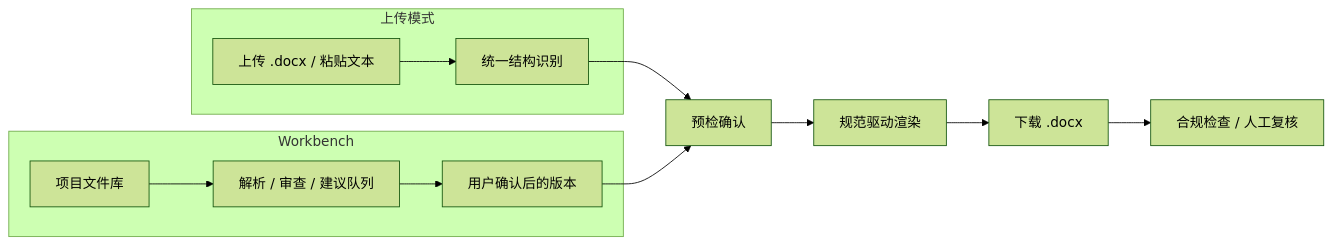
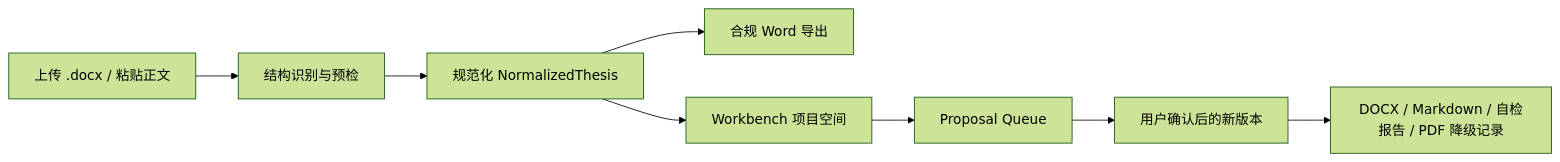
The diagram in README.md (Jia-Ethan/scnu-thesis-portal), drawn with Mermaid (forest theme) before and after one commit. The commit also changed other lines of this file and 17 other files, not shown here.

````diff
--- a/README.md
+++ b/README.md
@@ -31,15 +22,10 @@
 ```mermaid
 flowchart LR
-  subgraph 上传模式
-    A1["上传 .docx / 粘贴文本"] --> B1["统一结构识别"]
-  end
-  subgraph Workbench
-    A2["项目文件库"] --> B2["解析 / 审查 / 建议队列"]
-    B2 --> C2["用户确认后的版本"]
-  end
-  B1 --> C1["预检确认"]
-  C2 --> C1
-  C1 --> D["规范驱动渲染"]
-  D --> E["下载 .docx"]
-  E --> F["合规检查 / 人工复核"]
+  A["上传 .docx / 粘贴正文"] --> B["结构识别与预检"]
+  B --> C["规范化 NormalizedThesis"]
+  C --> D["合规 Word 导出"]
+  C --> E["Workbench 项目空间"]
+  E --> F["Proposal Queue"]
+  F --> G["用户确认后的新版本"]
+  G --> H["DOCX / Markdown / 自检报告 / PDF 降级记录"]
 ```
````
